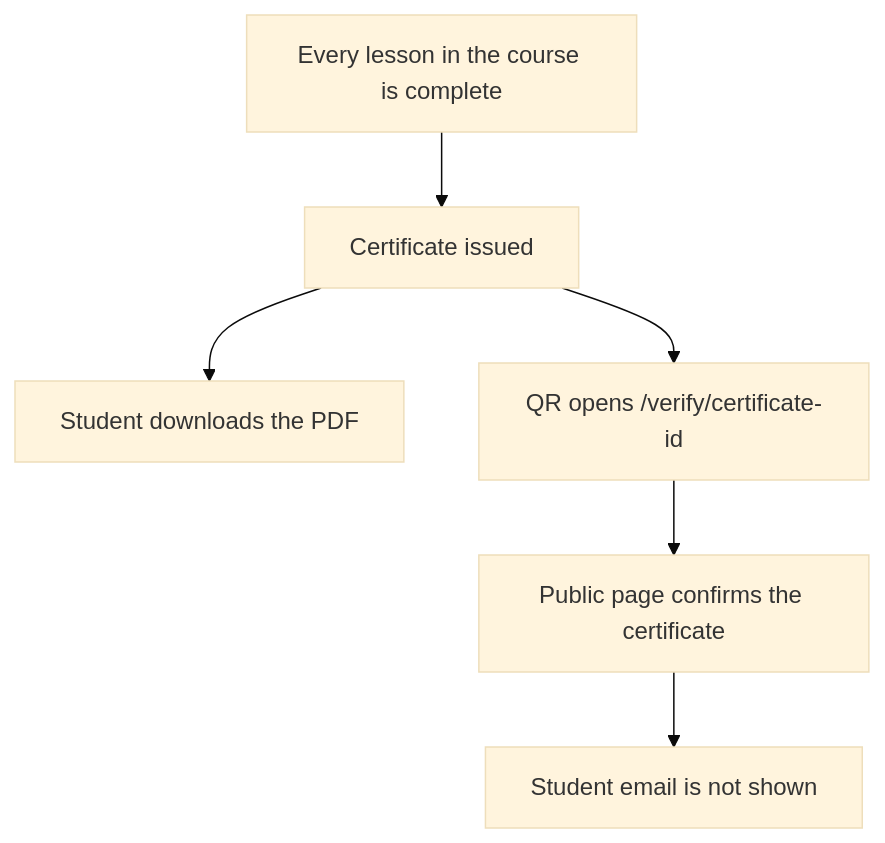
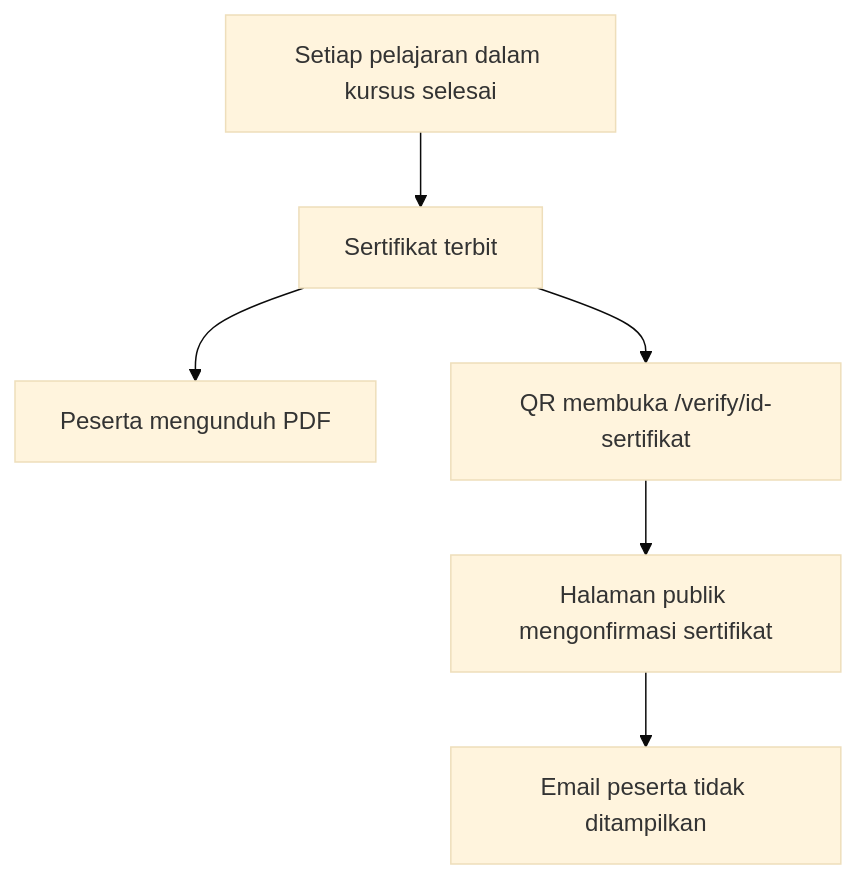
Before and after one commit to bionte4/auralogic: the fifth of 6 diagrams in docs/process-flow.md, drawn with Mermaid (base theme). The commit also changed other lines of this file and 4 other files, not shown here.

````diff
--- a/docs/process-flow.md
+++ b/docs/process-flow.md
@@ -92,8 +102,8 @@
 ```mermaid
 flowchart TD
-  all[Every lesson in the course is complete] --> issue[Certificate issued]
-  issue --> download[Student downloads the PDF]
-  issue --> qr[QR opens /verify/certificate-id]
-  qr --> public[Public page confirms the certificate]
-  public --> hidden[Student email is not shown]
+  all[Setiap pelajaran dalam kursus selesai] --> issue[Sertifikat terbit]
+  issue --> download[Peserta mengunduh PDF]
+  issue --> qr["QR membuka /verify/id-sertifikat"]
+  qr --> public[Halaman publik mengonfirmasi sertifikat]
+  public --> hidden[Email peserta tidak ditampilkan]
 ```
````
